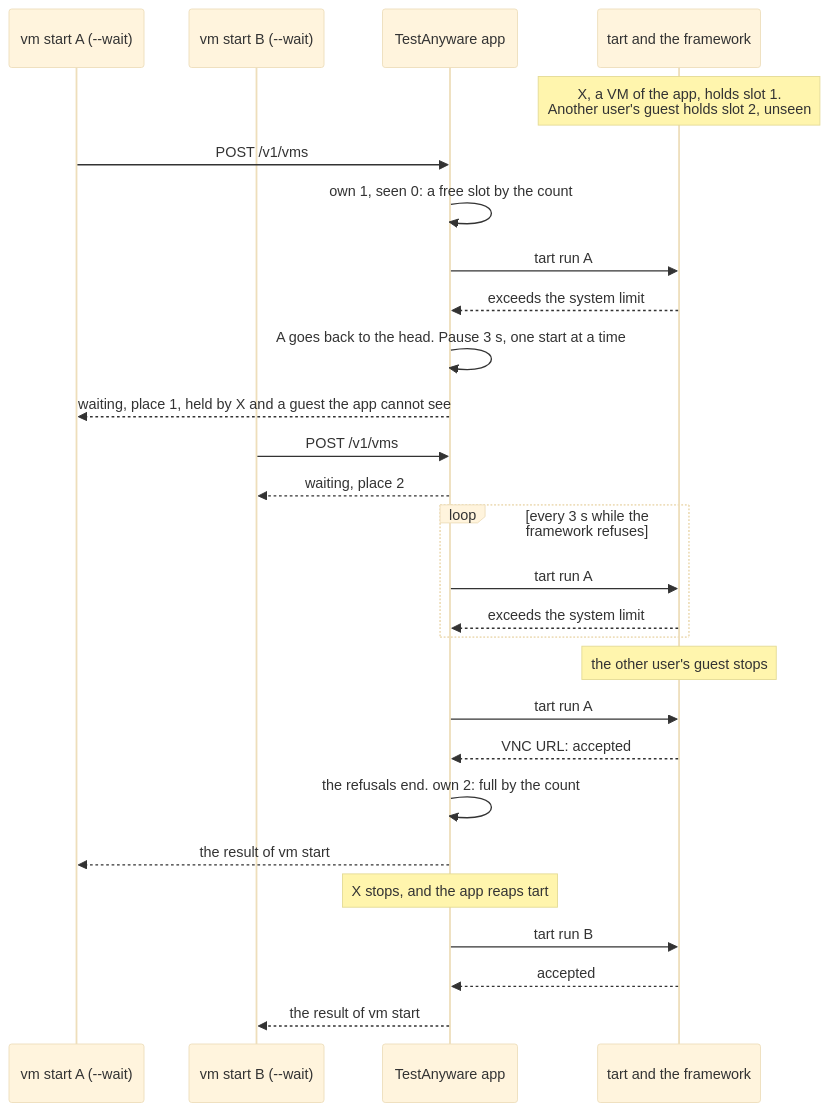
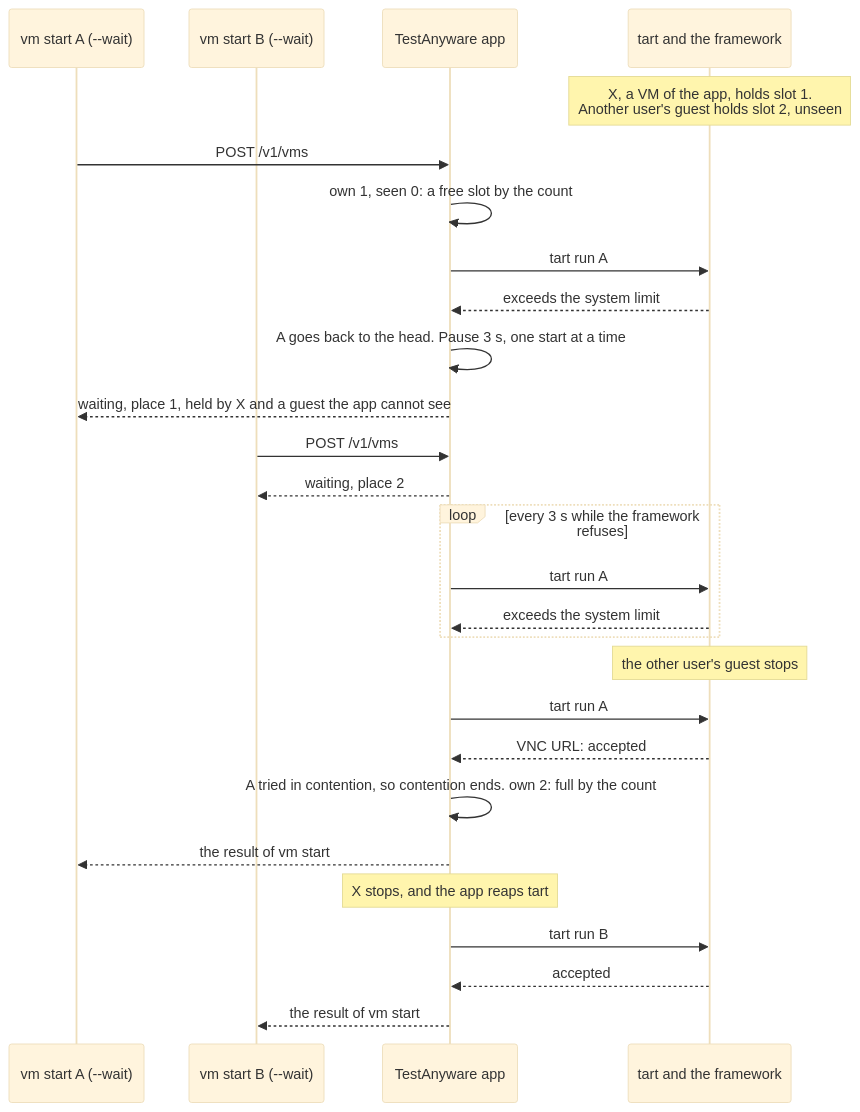
Before and after one commit to Linkuistics/TestAnyware: the fourth of 7 diagrams in docs/specs/admission-queue.md, drawn with Mermaid (base theme). The commit also changed other lines of this file and 7 other files, not shown here.

First line of the commit message:
grove(admission-queue-k7): triage the findings of admission-queue-k6, fix contention, the start record and the count, cut admission-queue-k8, and retire the leaf

````diff
--- a/docs/specs/admission-queue.md
+++ b/docs/specs/admission-queue.md
@@ -285,29 +299,29 @@
 ```mermaid
 sequenceDiagram
   participant A as vm start A (--wait)
   participant B as vm start B (--wait)
   participant P as TestAnyware app
   participant F as tart and the framework
   Note over F: X, a VM of the app, holds slot 1.<br/>Another user's guest holds slot 2, unseen
   A->>P: POST /v1/vms
   P->>P: own 1, seen 0: a free slot by the count
   P->>F: tart run A
   F-->>P: exceeds the system limit
   P->>P: A goes back to the head. Pause 3 s, one start at a time
   P-->>A: waiting, place 1, held by X and a guest the app cannot see
   B->>P: POST /v1/vms
   P-->>B: waiting, place 2
   loop every 3 s while the framework refuses
     P->>F: tart run A
     F-->>P: exceeds the system limit
   end
   Note over F: the other user's guest stops
   P->>F: tart run A
   F-->>P: VNC URL: accepted
-  P->>P: the refusals end. own 2: full by the count
+  P->>P: A tried in contention, so contention ends. own 2: full by the count
   P-->>A: the result of vm start
   Note over P: X stops, and the app reaps tart
   P->>F: tart run B
   F-->>P: accepted
   P-->>B: the result of vm start
 ```
````
